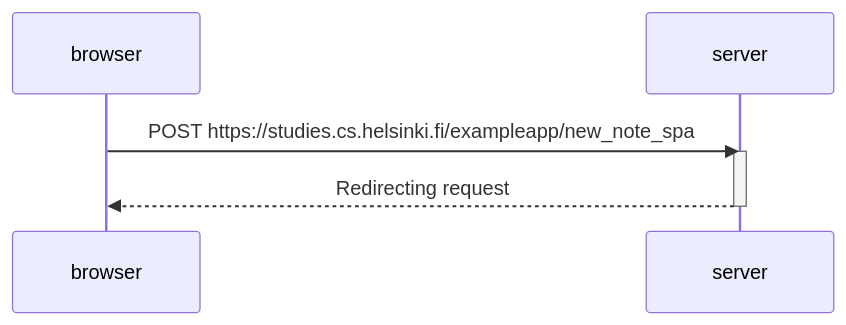
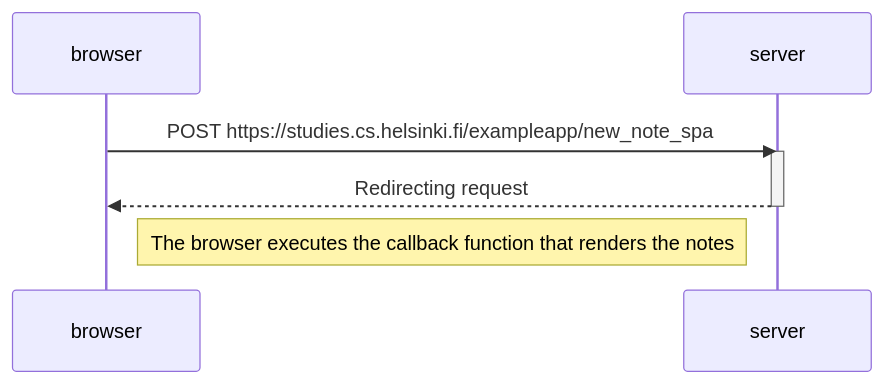
The diagram in osa0/sekvenssikaavio_task6.md (Viivip5/palautusrepositorio), drawn with Mermaid before and after one commit.

````diff
--- a/osa0/sekvenssikaavio_task6.md
+++ b/osa0/sekvenssikaavio_task6.md
@@ -1,10 +1,12 @@
 ```mermaid
 sequenceDiagram
 participant browser
 participant server
 
     browser->>server: POST https://studies.cs.helsinki.fi/exampleapp/new_note_spa
     activate server
     server-->>browser: Redirecting request
     deactivate server
+
+Note right of browser: The browser executes the callback function that renders the notes 
 ```
````
